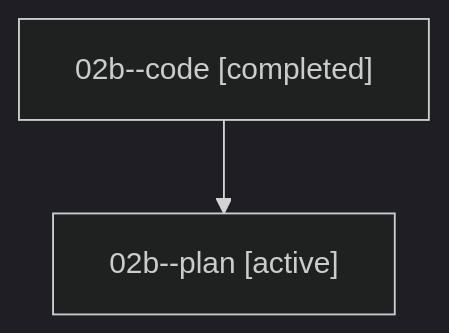
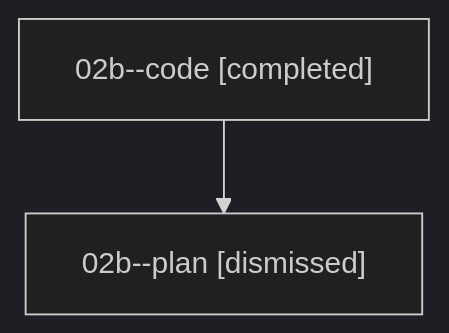
Before and after one commit to bobs-org/bob-cli--agents: the diagram in sessions/bbugyi200.athena.02b.md, drawn with Mermaid (dark theme). The commit also changed other lines of this file and 27 other files, not shown here.

````diff
--- a/sessions/bbugyi200.athena.02b.md
+++ b/sessions/bbugyi200.athena.02b.md
@@ -9,6 +9,6 @@
 ```mermaid
 flowchart TD
   n0["02b--code [completed]"]
-  n1["02b--plan [active]"]
+  n1["02b--plan [dismissed]"]
   n0 --> n1
 ```
````
